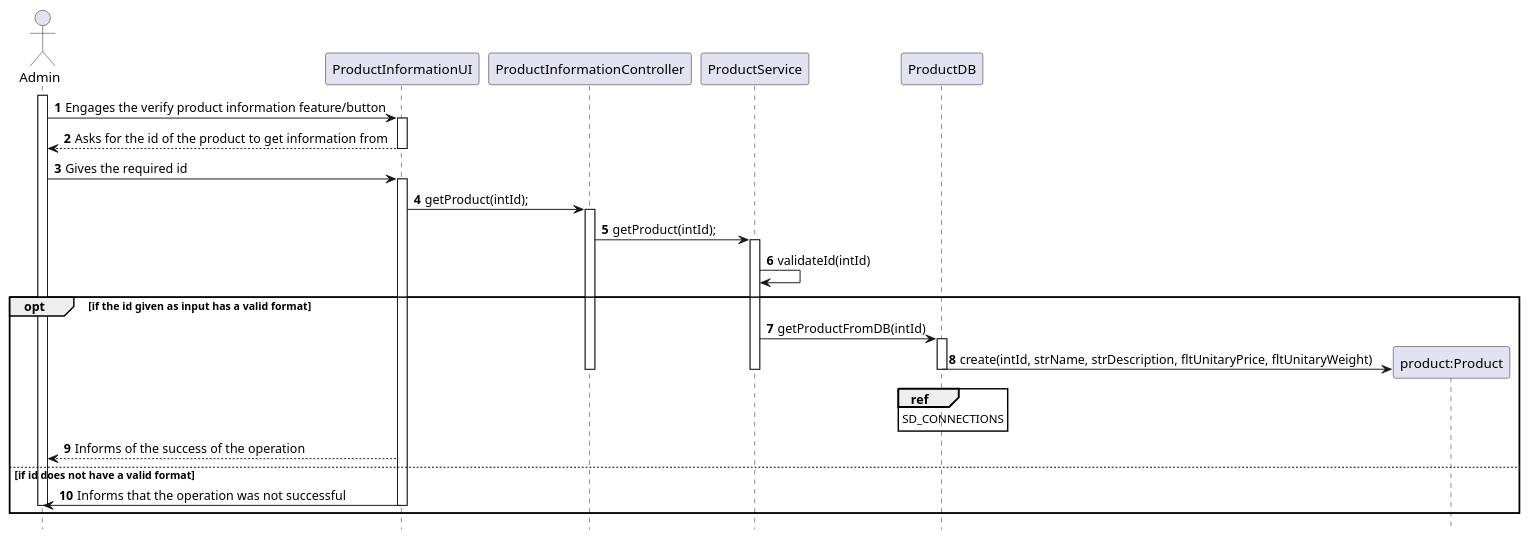
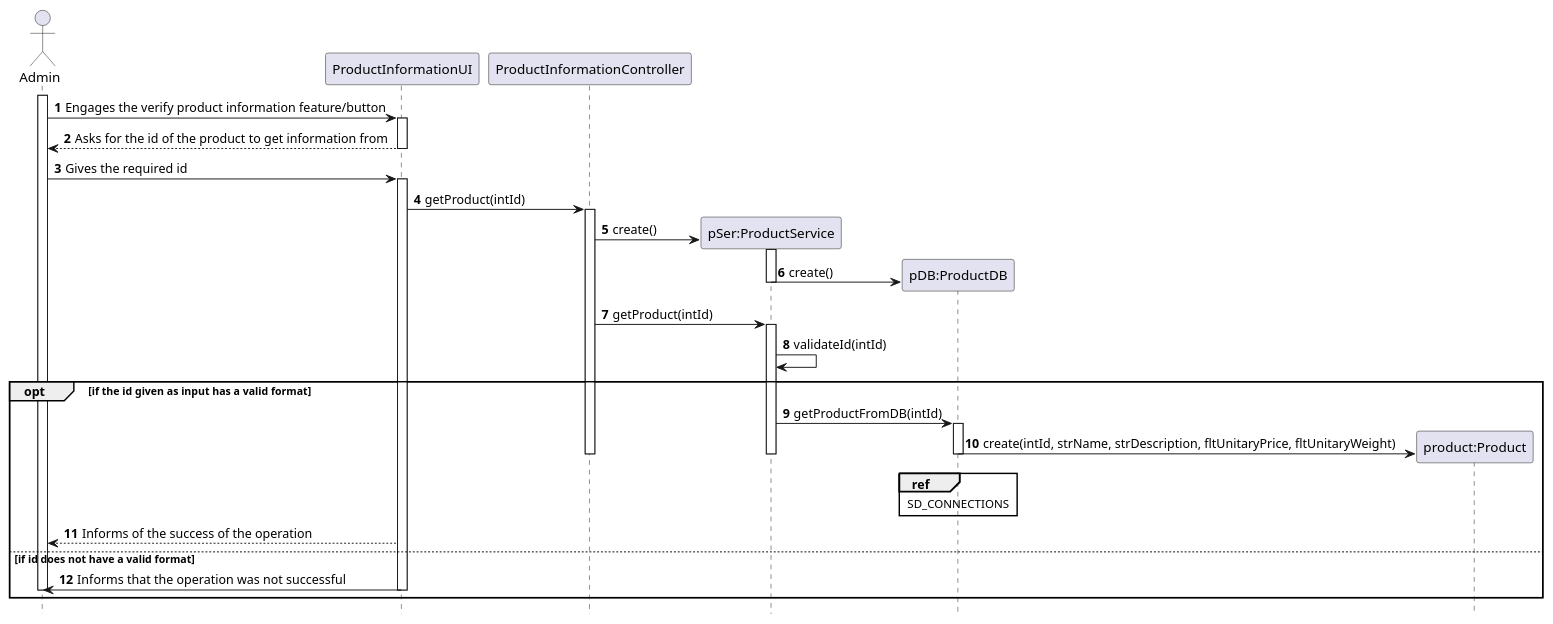
One commit to tiagoavcosta25/LAPR3 changed the diagram in docs/Iteration 2/Product Management/Refinement/US73_ProductInformation/US73_SD.puml. Above: the diagram before and after it, drawn with PlantUML. The commit also changed 9 other files, not shown here.

```diff
--- a/docs/Iteration 2/Product Management/Refinement/US73_ProductInformation/US73_SD.puml
+++ b/docs/Iteration 2/Product Management/Refinement/US73_ProductInformation/US73_SD.puml
@@ -1,43 +1,48 @@
 @startuml
 autonumber
 hide footbox
 
 actor "Admin" as U
 
 participant "ProductInformationUI" as UI
 participant "ProductInformationController" as CTRL
-participant "ProductService" as SER
-participant "ProductDB" as DB
+participant "pSer:ProductService" as SER
+participant "pDB:ProductDB" as DB
 participant "product:Product" as PROD
 
 activate U
 U -> UI : Engages the verify product information feature/button
 activate UI
 UI --> U : Asks for the id of the product to get information from
 deactivate UI
 U -> UI : Gives the required id
 activate UI
-UI -> CTRL : getProduct(intId);
+UI -> CTRL : getProduct(intId)
 activate CTRL
-CTRL -> SER : getProduct(intId);
+CTRL -> SER** : create()
+activate SER
+SER -> DB** : create()
+deactivate SER
+
+CTRL -> SER : getProduct(intId)
 activate SER
 SER -> SER : validateId(intId)
 opt if the id given as input has a valid format
 SER -> DB : getProductFromDB(intId)
 activate DB
 DB -> PROD** : create(intId, strName, strDescription, fltUnitaryPrice, fltUnitaryWeight)
 deactivate DB
 ref over DB
 SD_CONNECTIONS
 end ref
 deactivate SER
 deactivate CTRL
 deactivate CTRL
 UI --> U : Informs of the success of the operation
 else if id does not have a valid format
 UI -> U : Informs that the operation was not successful
 deactivate UI
 deactivate U
 end opt
 
 @enduml
```
